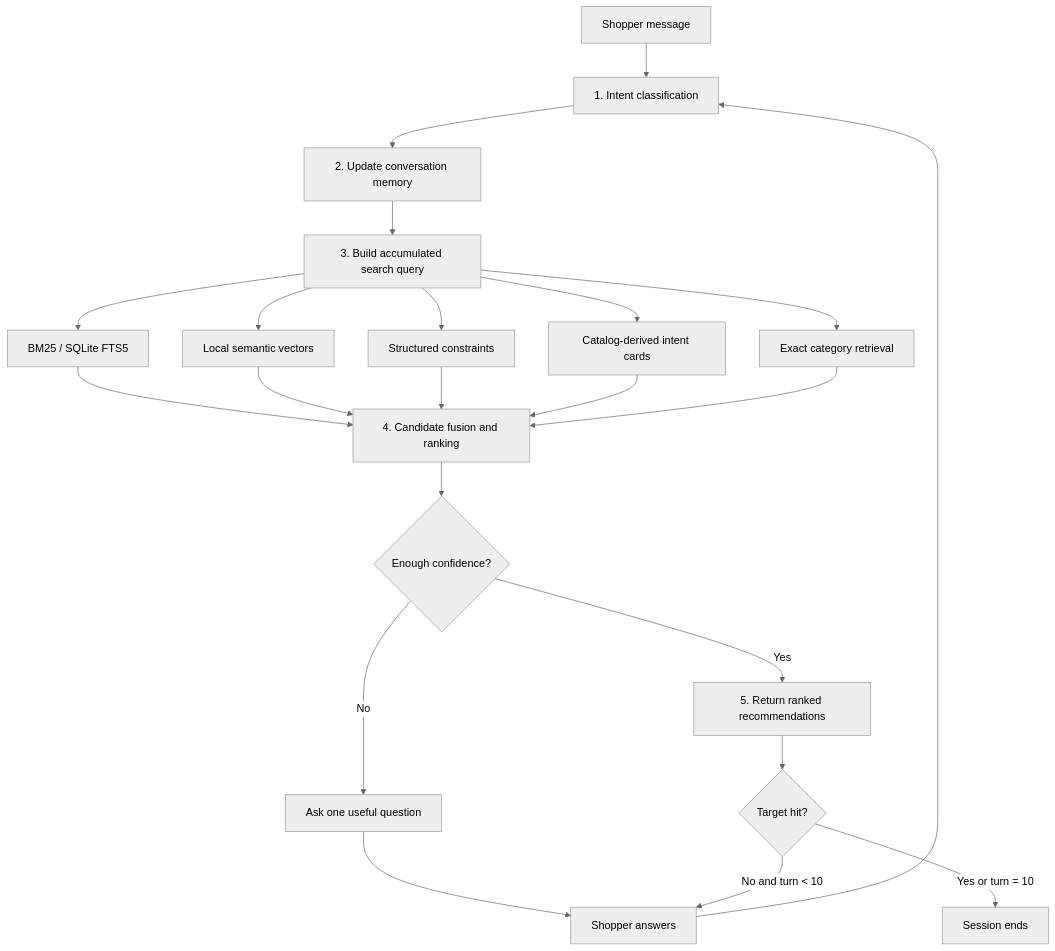
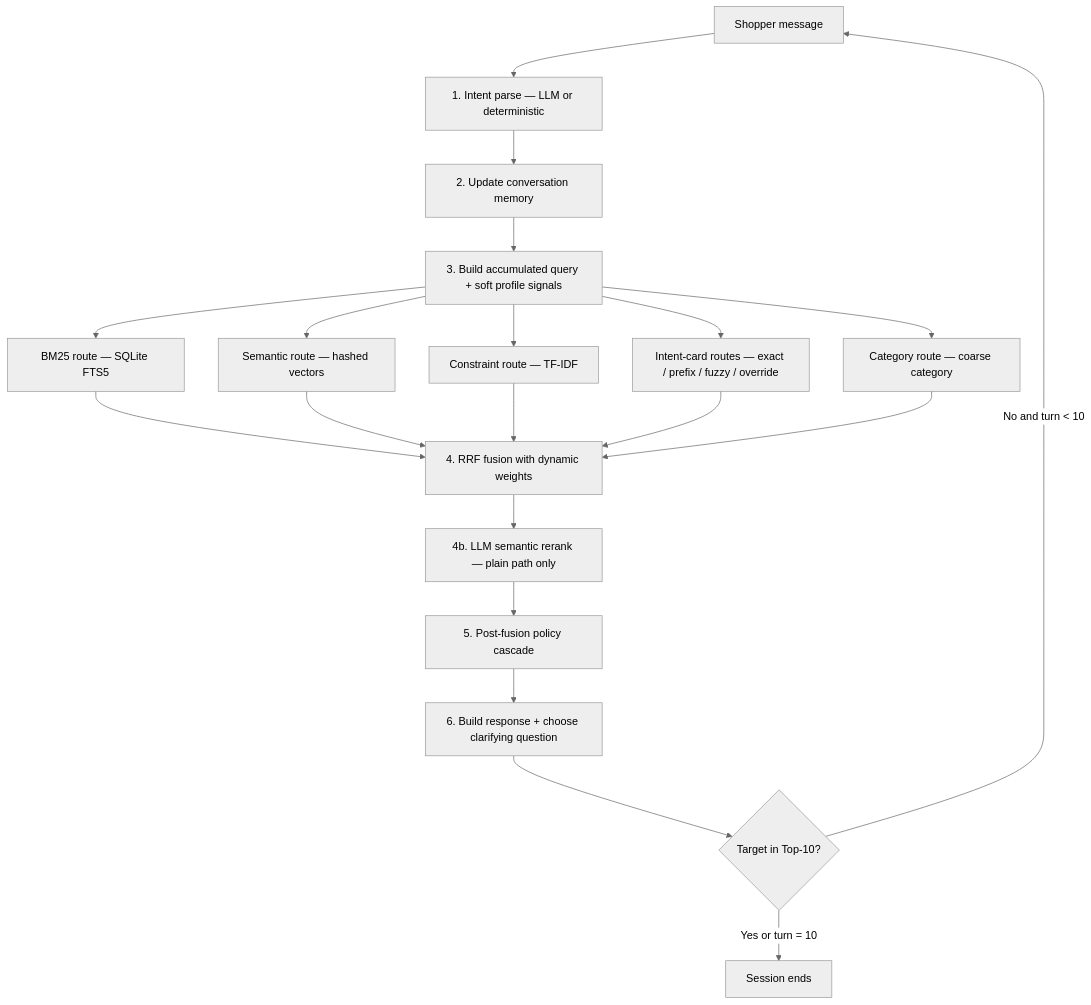
Before and after one commit to Tiktok-Techjam-2026-Clankers/Track-4: the diagram in docs/agent_implementation.md, drawn with Mermaid (neutral theme). The commit also changed other lines of this file and 5 other files, not shown here.

````diff
--- a/docs/agent_implementation.md
+++ b/docs/agent_implementation.md
@@ -20,27 +50,26 @@
 ```mermaid
 flowchart TD
-    A[Shopper message] --> B[1. Intent classification]
+    A[Shopper message] --> B[1. Intent parse — LLM or deterministic]
     B --> C[2. Update conversation memory]
-    C --> D[3. Build accumulated search query]
+    C --> D[3. Build accumulated query + soft profile signals]
 
-    D --> E1[BM25 / SQLite FTS5]
-    D --> E2[Local semantic vectors]
-    D --> E3[Structured constraints]
-    D --> E4[Catalog-derived intent cards]
-    D --> E5[Exact category retrieval]
+    D --> E1[BM25 route — SQLite FTS5]
+    D --> E2[Semantic route — hashed vectors]
+    D --> E3[Constraint route — TF-IDF]
+    D --> E4[Intent-card routes — exact / prefix / fuzzy / override]
+    D --> E5[Category route — coarse category]
 
-    E1 --> F[4. Candidate fusion and ranking]
+    E1 --> F[4. RRF fusion with dynamic weights]
     E2 --> F
     E3 --> F
     E4 --> F
     E5 --> F
 
-    F --> G{Enough confidence?}
-    G -->|Yes| H[5. Return ranked recommendations]
-    G -->|No| I[Ask one useful question]
-    I --> J[Shopper answers]
-    J --> B
-    H --> K{Target hit?}
-    K -->|No and turn < 10| J
-    K -->|Yes or turn = 10| L[Session ends]
+    F --> G[4b. LLM semantic rerank — plain path only]
+    G --> H[5. Post-fusion policy cascade]
+    H --> I[6. Build response + choose clarifying question]
+
+    I --> J{Target in Top-10?}
+    J -->|No and turn < 10| A
+    J -->|Yes or turn = 10| K[Session ends]
 ```
````
